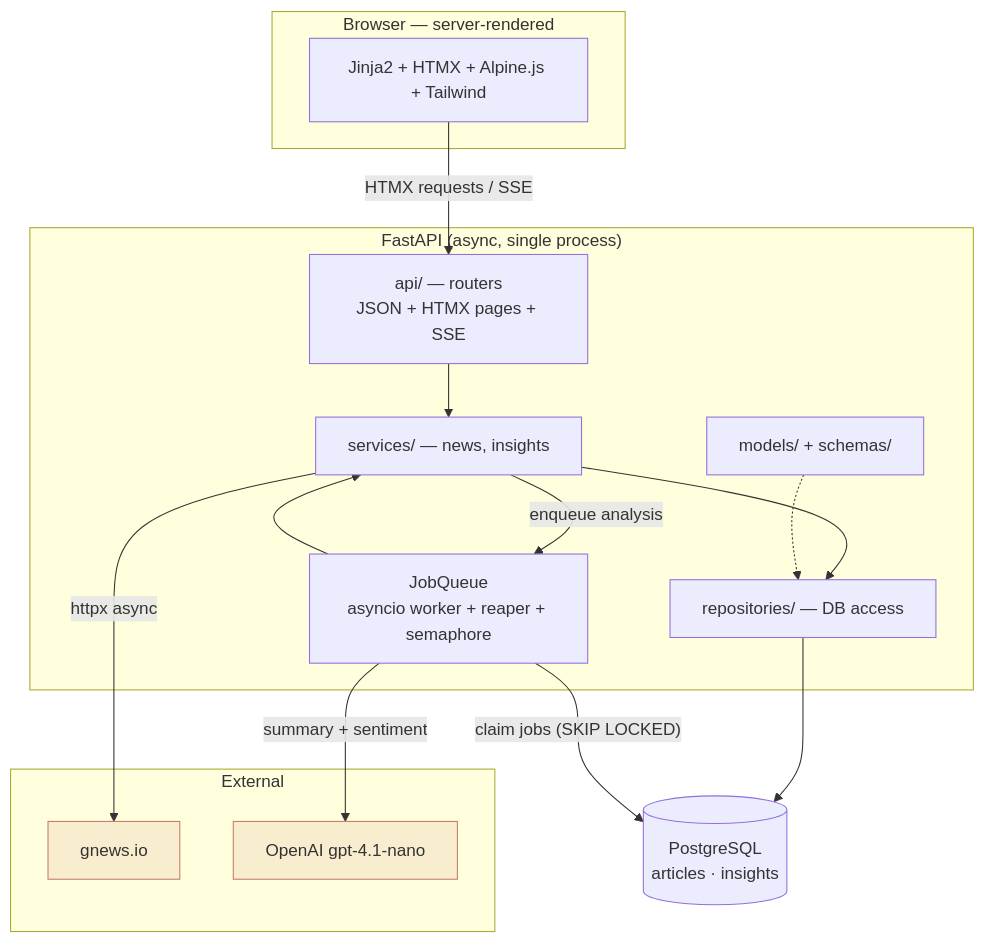
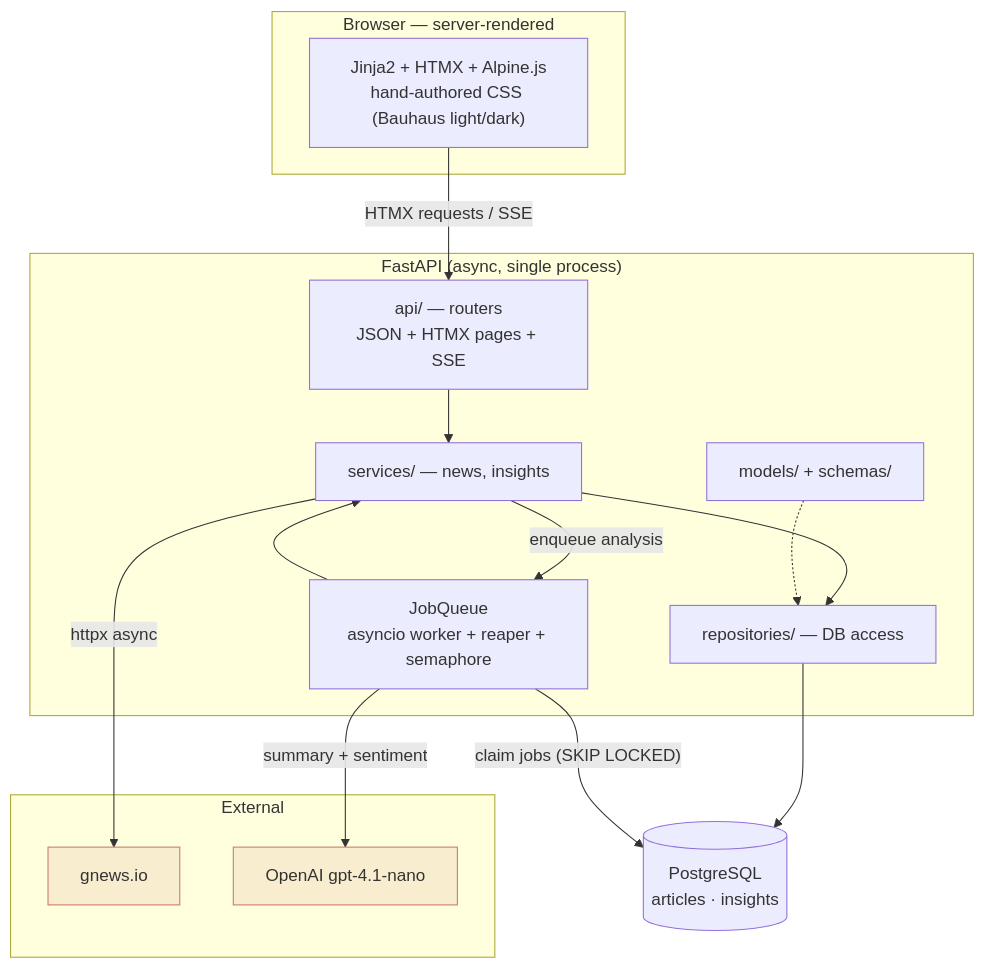
Before and after one commit to codexceed/aries-news: the first of 5 diagrams in ARCHITECTURE.md, drawn with Mermaid. The commit also changed other lines of this file, not shown here.

Commit message:
docs: sync ARCHITECTURE with Bauhaus UI, SSE pub/sub, and auto-retry (#12)

````diff
--- a/ARCHITECTURE.md
+++ b/ARCHITECTURE.md
@@ -18,35 +18,35 @@
 ```mermaid
 flowchart TB
     subgraph Browser["Browser — server-rendered"]
-        UI["Jinja2 + HTMX + Alpine.js + Tailwind"]
+        UI["Jinja2 + HTMX + Alpine.js<br/>hand-authored CSS (Bauhaus light/dark)"]
     end
 
     subgraph App["FastAPI (async, single process)"]
         API["api/ — routers<br/>JSON + HTMX pages + SSE"]
         SVC["services/ — news, insights"]
         REPO["repositories/ — DB access"]
         WORKER["JobQueue<br/>asyncio worker + reaper + semaphore"]
         MODELS["models/ + schemas/"]
     end
 
     subgraph External["External"]
         GNEWS["gnews.io"]
         OPENAI["OpenAI gpt-4.1-nano"]
     end
 
     DB[("PostgreSQL<br/>articles · insights")]
 
     UI -- "HTMX requests / SSE" --> API
     API --> SVC
     SVC --> REPO
     SVC -- "enqueue analysis" --> WORKER
     WORKER --> SVC
     REPO --> DB
     WORKER -- "claim jobs (SKIP LOCKED)" --> DB
     SVC -- "httpx async" --> GNEWS
     WORKER -- "summary + sentiment" --> OPENAI
     MODELS -.-> REPO
 
     classDef ext fill:#C97B6A22,stroke:#C97B6A;
     class GNEWS,OPENAI ext;
 ```
````
